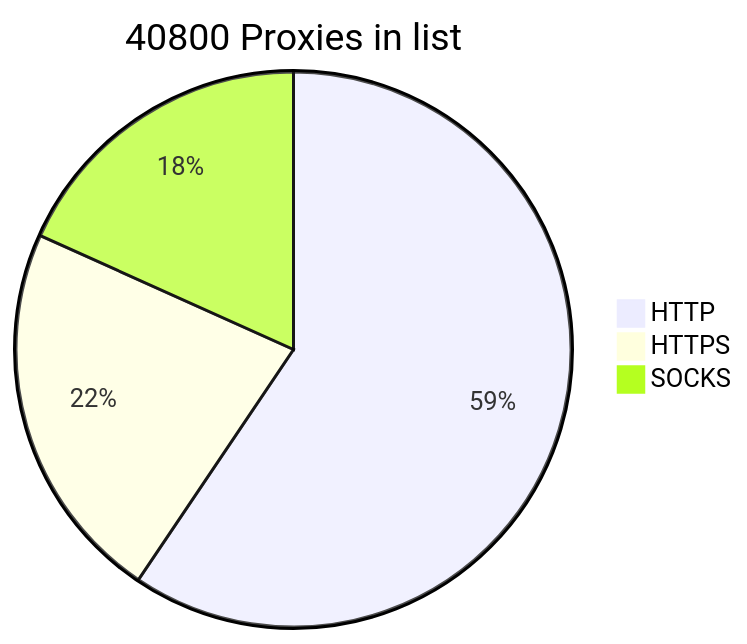
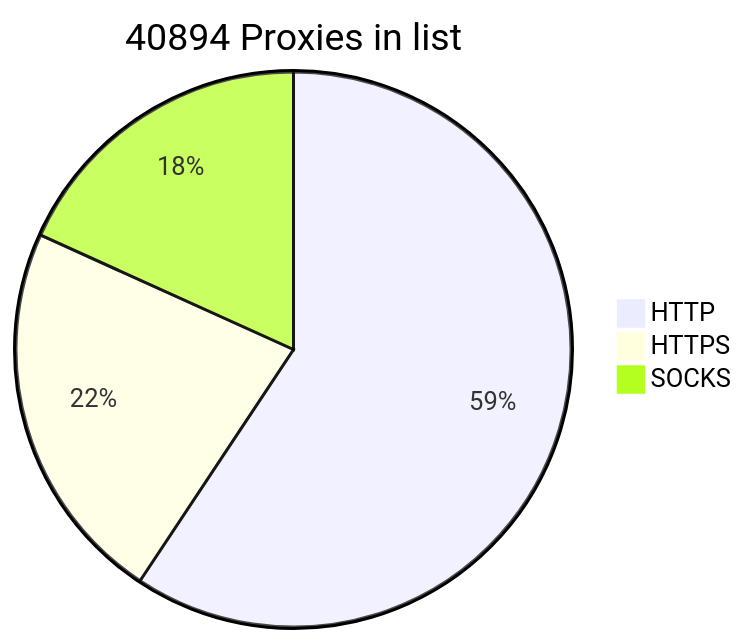
Before and after one commit to BlackSnowDot/proxylist-update-every-minute: the diagram in README.md, drawn with Mermaid.

````diff
--- a/README.md
+++ b/README.md
@@ -2,6 +2,6 @@
 ```mermaid
-pie title 40800 Proxies in list
-    "HTTP" : 28437
-    "HTTPS": 10668
+pie title 40894 Proxies in list
+    "HTTP" : 28442
+    "HTTPS": 10758
     "SOCKS" : 8743
 ```
````
